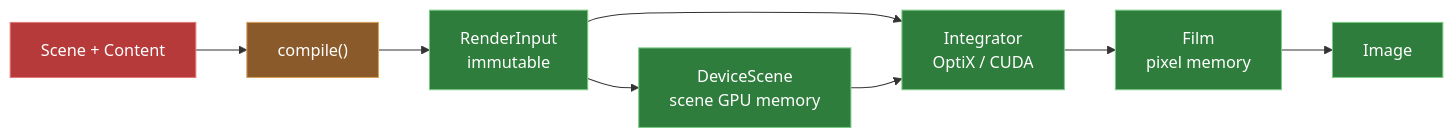
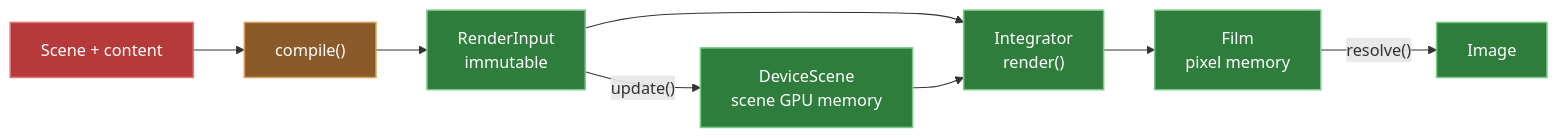
The second of 2 diagrams in README.md (nicolasgfx/Portfolio), drawn with Mermaid before and after one commit. The commit also changed other lines of this file, not shown here.

````diff
--- a/README.md
+++ b/README.md
@@ -299,23 +98,24 @@
 ```mermaid
 flowchart LR
-    Scene["Scene + Content"]
+    Scene["Scene + content"]
     Compile["compile()"]
     Input["RenderInput<br/>immutable"]
-    Device["DeviceScene<br/>scene GPU memory"]
-    Integrator["Integrator<br/>OptiX / CUDA"]
+    DeviceScene["DeviceScene<br/>scene GPU memory"]
+    Integrator["Integrator<br/>render()"]
     Film["Film<br/>pixel memory"]
     Image["Image"]
 
     Scene --> Compile --> Input
-    Input --> Device
+    Input -->|"update()"| DeviceScene
     Input --> Integrator
-    Device --> Integrator
-    Integrator --> Film --> Image
+    DeviceScene --> Integrator
+    Integrator --> Film -->|"resolve()"| Image
 
-    classDef truth fill:#b73a3a,stroke:#e07a7a,color:#fff
-    classDef bridge fill:#8a5a2b,stroke:#d8a05a,color:#fff
-    classDef gpu fill:#2f7d3c,stroke:#7acb85,color:#fff
+    classDef truth fill:#b73a3a,stroke:#e07a7a,stroke-width:1.5px,color:#fff
+    classDef bridge fill:#8a5a2b,stroke:#d8a05a,stroke-width:1.5px,color:#fff
+    classDef gpu fill:#2f7d3c,stroke:#7acb85,stroke-width:1.5px,color:#fff
+
     class Scene truth
     class Compile bridge
-    class Input,Device,Integrator,Film,Image gpu
+    class Input,DeviceScene,Integrator,Film,Image gpu
 ```
````
